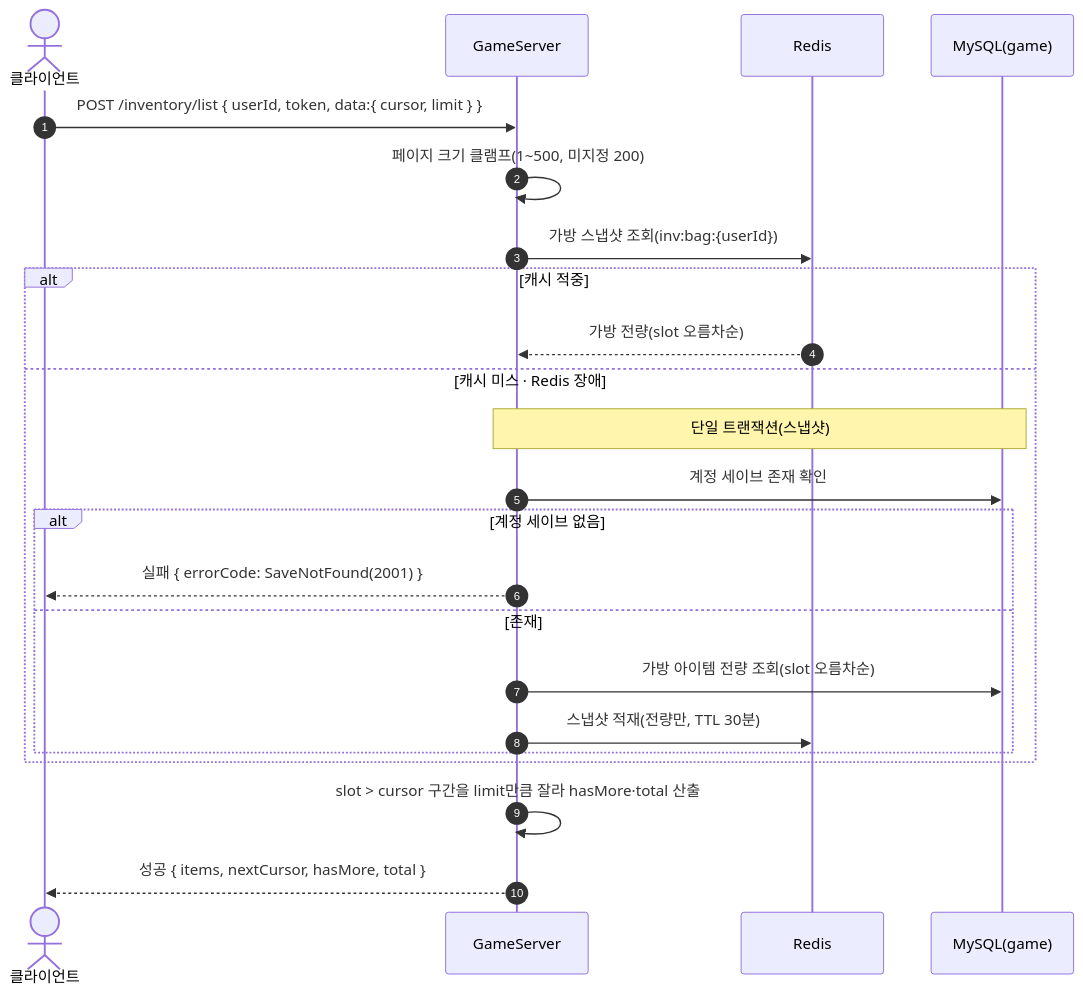
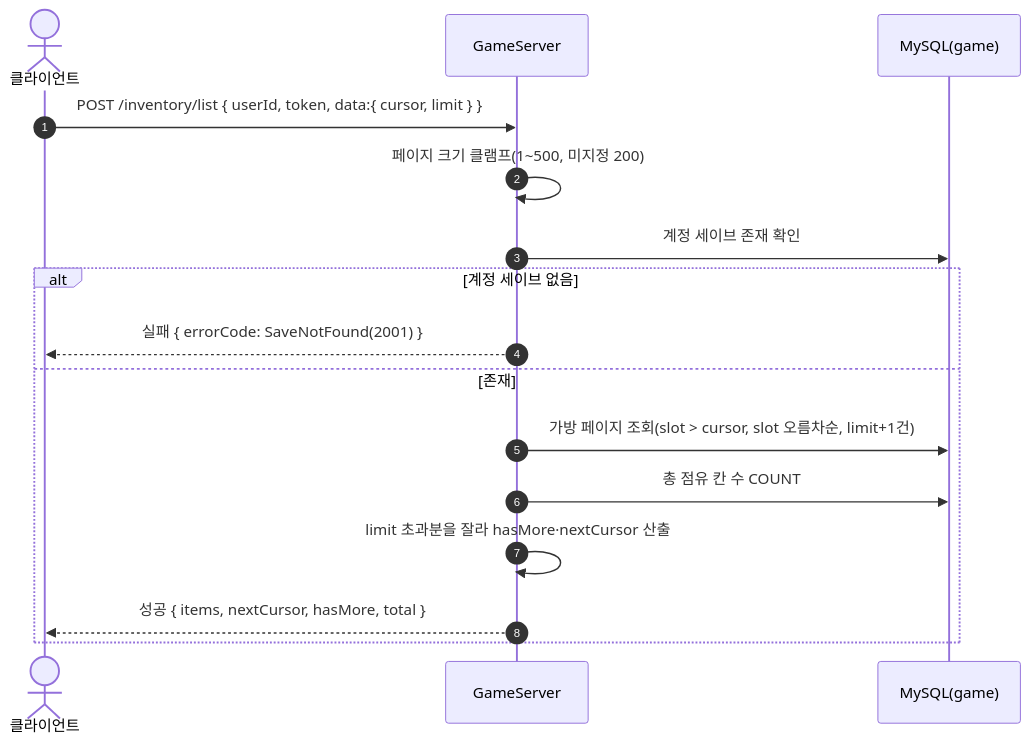
One commit to ks-wook/com2us-taskbar-hero changed the fifth of 38 diagrams in SequenceDiagram/README.md. Above: the diagram before and after it, drawn with Mermaid. The commit also changed other lines of this file and 17 other files, not shown here.

````diff
--- a/SequenceDiagram/README.md
+++ b/SequenceDiagram/README.md
@@ -189,26 +189,19 @@
 ```mermaid
 sequenceDiagram
     autonumber
     actor C as 클라이언트
     participant S as GameServer
-    participant R as Redis
     participant DB as MySQL(game)
 
     C->>S: POST /inventory/list { userId, token, data:{ cursor, limit } }
     S->>S: 페이지 크기 클램프(1~500, 미지정 200)
-    S->>R: 가방 스냅샷 조회(inv:bag:{userId})
-    alt 캐시 적중
-        R-->>S: 가방 전량(slot 오름차순)
-    else 캐시 미스 · Redis 장애
-        Note over S,DB: 단일 트랜잭션(스냅샷)
-        S->>DB: 계정 세이브 존재 확인
-        alt 계정 세이브 없음
-            S-->>C: 실패 { errorCode: SaveNotFound(2001) }
-        else 존재
-            S->>DB: 가방 아이템 전량 조회(slot 오름차순)
-            S->>R: 스냅샷 적재(전량만, TTL 30분)
-        end
+    S->>DB: 계정 세이브 존재 확인
+    alt 계정 세이브 없음
+        S-->>C: 실패 { errorCode: SaveNotFound(2001) }
+    else 존재
+        S->>DB: 가방 페이지 조회(slot > cursor, slot 오름차순, limit+1건)
+        S->>DB: 총 점유 칸 수 COUNT
+        S->>S: limit 초과분을 잘라 hasMore·nextCursor 산출
+        S-->>C: 성공 { items, nextCursor, hasMore, total }
     end
-    S->>S: slot > cursor 구간을 limit만큼 잘라 hasMore·total 산출
-    S-->>C: 성공 { items, nextCursor, hasMore, total }
 ```
````
